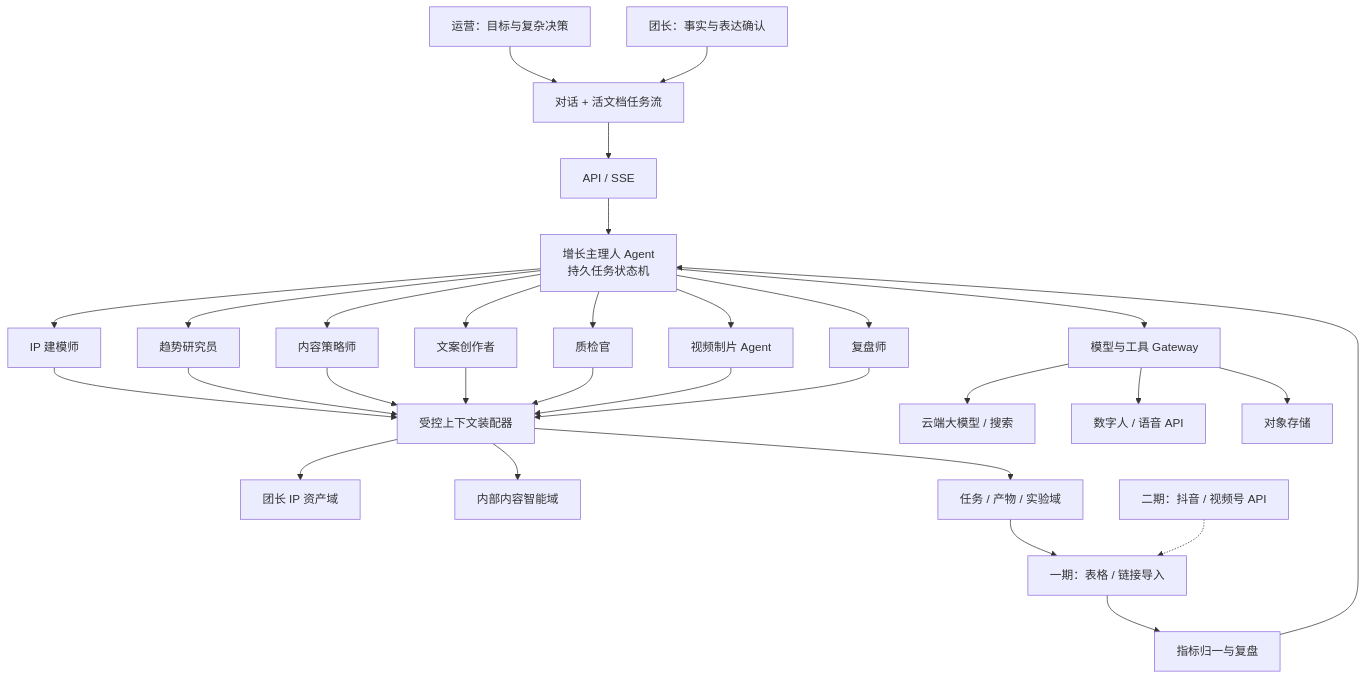
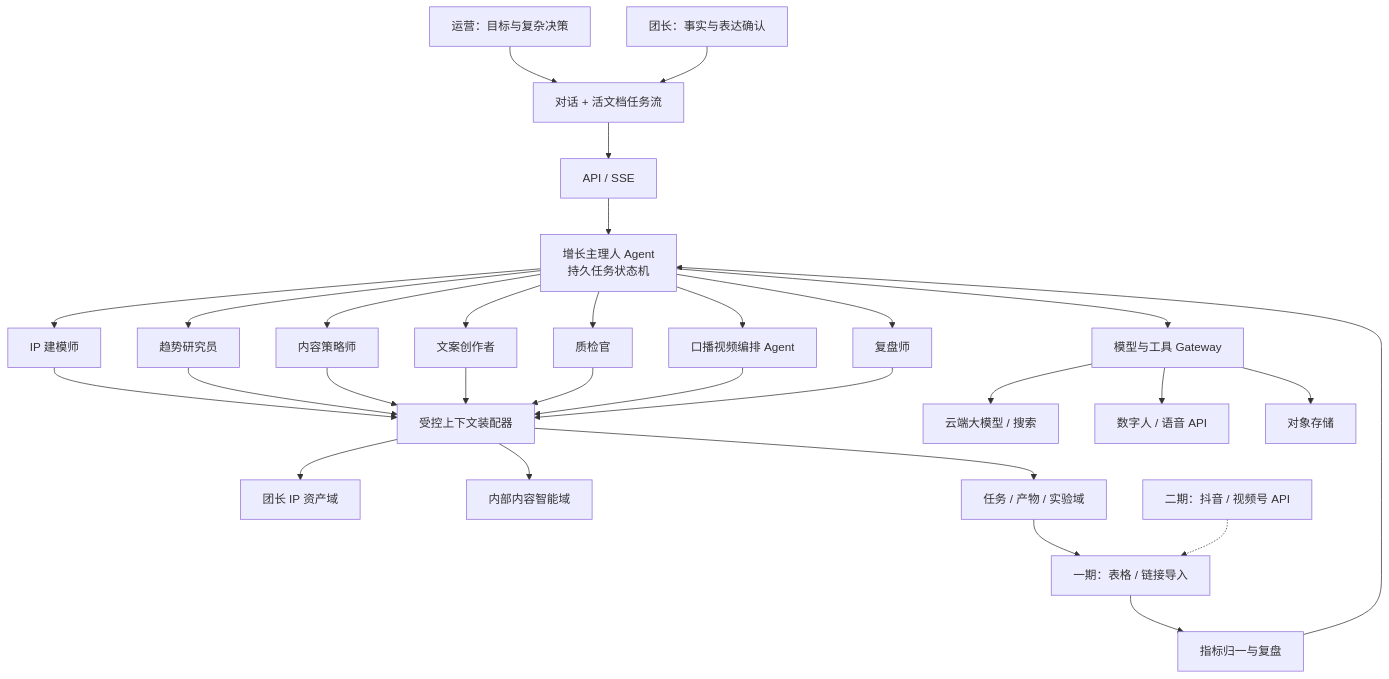
Before and after one commit to iSamlzh/short-video-llm: the first of 2 diagrams in docs/superpowers/specs/2026-08-15-group-leader-content-growth-agent-design.md, drawn with Mermaid. The commit also changed other lines of this file, not shown here.

````diff
--- a/docs/superpowers/specs/2026-08-15-group-leader-content-growth-agent-design.md
+++ b/docs/superpowers/specs/2026-08-15-group-leader-content-growth-agent-design.md
@@ -118,26 +119,26 @@
 ```mermaid
 flowchart TB
     U1["运营：目标与复杂决策"] --> UI["对话 + 活文档任务流"]
     U2["团长：事实与表达确认"] --> UI
     UI --> API["API / SSE"]
     API --> ORCH["增长主理人 Agent\n持久任务状态机"]
     ORCH --> A1["IP 建模师"]
     ORCH --> A2["趋势研究员"]
     ORCH --> A3["内容策略师"]
     ORCH --> A4["文案创作者"]
     ORCH --> A5["质检官"]
-    ORCH --> A6["视频制片 Agent"]
+    ORCH --> A6["口播视频编排 Agent"]
     ORCH --> A7["复盘师"]
     A1 & A2 & A3 & A4 & A5 & A6 & A7 --> CTX["受控上下文装配器"]
     CTX --> IP["团长 IP 资产域"]
     CTX --> INTEL["内部内容智能域"]
     CTX --> RUN["任务 / 产物 / 实验域"]
     ORCH --> TOOLS["模型与工具 Gateway"]
     TOOLS --> LLM["云端大模型 / 搜索"]
     TOOLS --> AVATAR["数字人 / 语音 API"]
     TOOLS --> STORAGE["对象存储"]
     RUN --> IMPORT["一期：表格 / 链接导入"]
     IMPORT --> REVIEW["指标归一与复盘"]
     REVIEW --> ORCH
     P2["二期：抖音 / 视频号 API"] -.-> IMPORT
 ```
````
